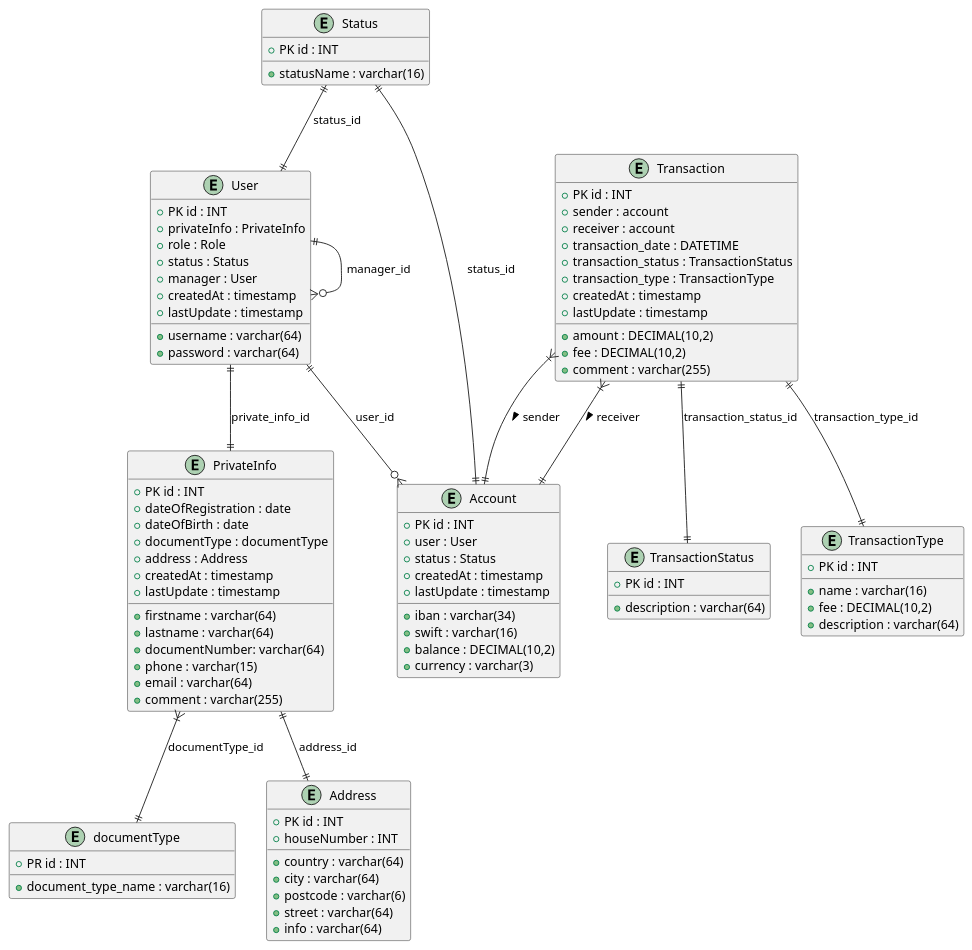
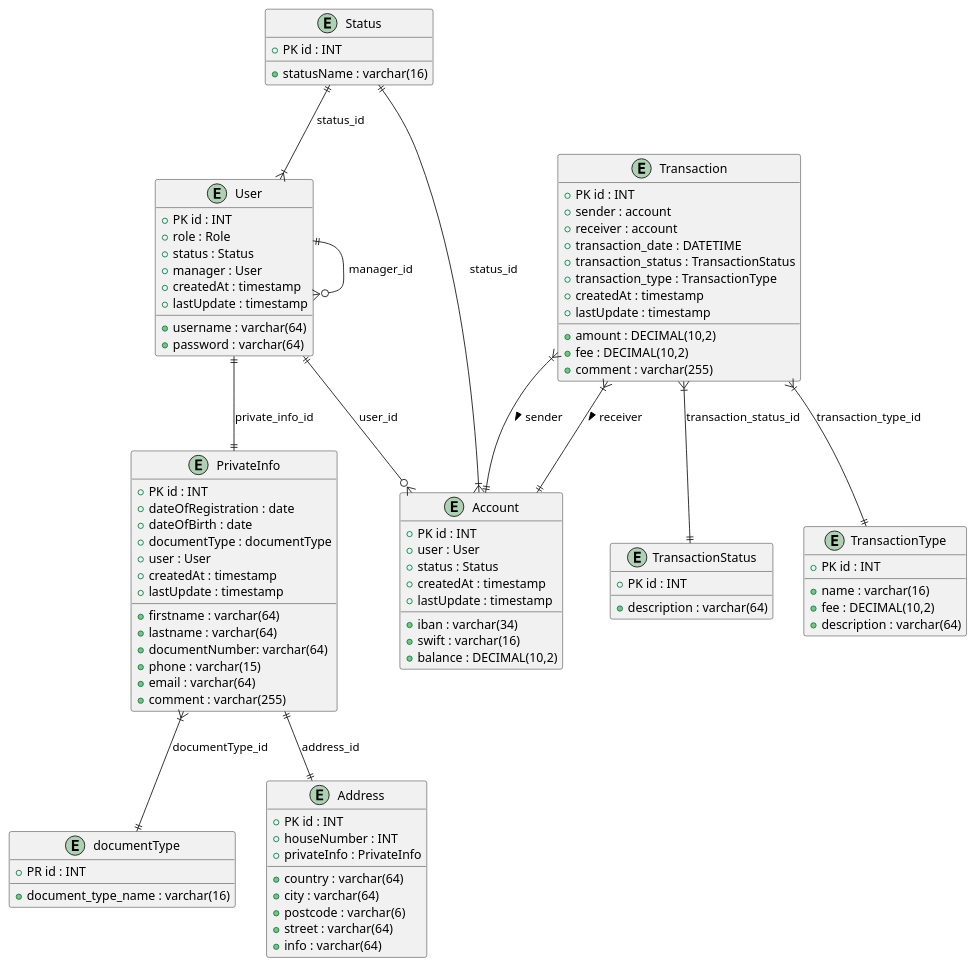
One commit to jolivuk/ProjectBankSystem changed the diagram in src/Diagram.puml. Above: the diagram before and after it, drawn with PlantUML. The commit also changed 7 other files, not shown here.

```diff
--- a/src/Diagram.puml
+++ b/src/Diagram.puml
@@ -1,108 +1,103 @@
 @startuml
 
 
 ' Домен управления пользователями
 entity User {
    + PK id : INT
    + username : varchar(64)
    + password : varchar(64)
-   + privateInfo : PrivateInfo
    + role : Role
    + status : Status
    + manager : User
    + createdAt : timestamp
    + lastUpdate : timestamp
 }
 
 entity PrivateInfo {
    + PK id : INT
    + firstname : varchar(64)
    + lastname : varchar(64)
    + dateOfRegistration : date
    + dateOfBirth : date
    + documentType : documentType
    + documentNumber: varchar(64)
    + phone : varchar(15)
    + email : varchar(64)
    + comment : varchar(255)
-   + address : Address
+   + user : User
    + createdAt : timestamp
    + lastUpdate : timestamp
 }
 
 entity documentType{
     + PR id : INT
     + document_type_name : varchar(16)
 }
 
 entity Address {
    + PK id : INT
    + country : varchar(64)
    + city : varchar(64)
    + postcode : varchar(6)
    + street : varchar(64)
    + houseNumber : INT
+   + privateInfo : PrivateInfo
    + info : varchar(64)
 }
 
-' Домен счетов
 entity Account {
    + PK id : INT
    + user : User
    + iban : varchar(34)
    + swift : varchar(16)
    + status : Status
    + balance : DECIMAL(10,2)
-   + currency : varchar(3)
    + createdAt : timestamp
    + lastUpdate : timestamp
 }
 entity Status{
     + PK id : INT
     + statusName : varchar(16)
 }
 
-' Домен транзакций
 entity Transaction {
    + PK id : INT
    + sender : account
    + receiver : account
    + amount : DECIMAL(10,2)
    + fee : DECIMAL(10,2)
    + comment : varchar(255)
    + transaction_date : DATETIME
    + transaction_status : TransactionStatus
    + transaction_type : TransactionType
    + createdAt : timestamp
    + lastUpdate : timestamp
 }
 
 entity TransactionStatus {
    + PK id : INT
    + description : varchar(64)
 }
 
 entity TransactionType {
    + PK id : INT
    + name : varchar(16)
    + fee : DECIMAL(10,2)
    + description : varchar(64)
 }
 
-' Связи базового домена
 User ||--|| PrivateInfo : private_info_id
 User ||--o{ User : manager_id
 User ||--o{ Account : user_id
 PrivateInfo ||--|| Address : address_id
 PrivateInfo }|--|| documentType : documentType_id
 
-' Связи транзакционного домена
 Transaction }|--|| Account : sender >
 Transaction }|--|| Account : receiver >
-Transaction ||--|| TransactionStatus : transaction_status_id
-Transaction ||--|| TransactionType : transaction_type_id
+Transaction }|--|| TransactionStatus : transaction_status_id
+Transaction }|--|| TransactionType : transaction_type_id
 
-Status ||--|| Account : status_id
-Status ||--|| User : status_id
+Status ||--|{ Account : status_id
+Status ||--|{ User : status_id
 
 @enduml
```
